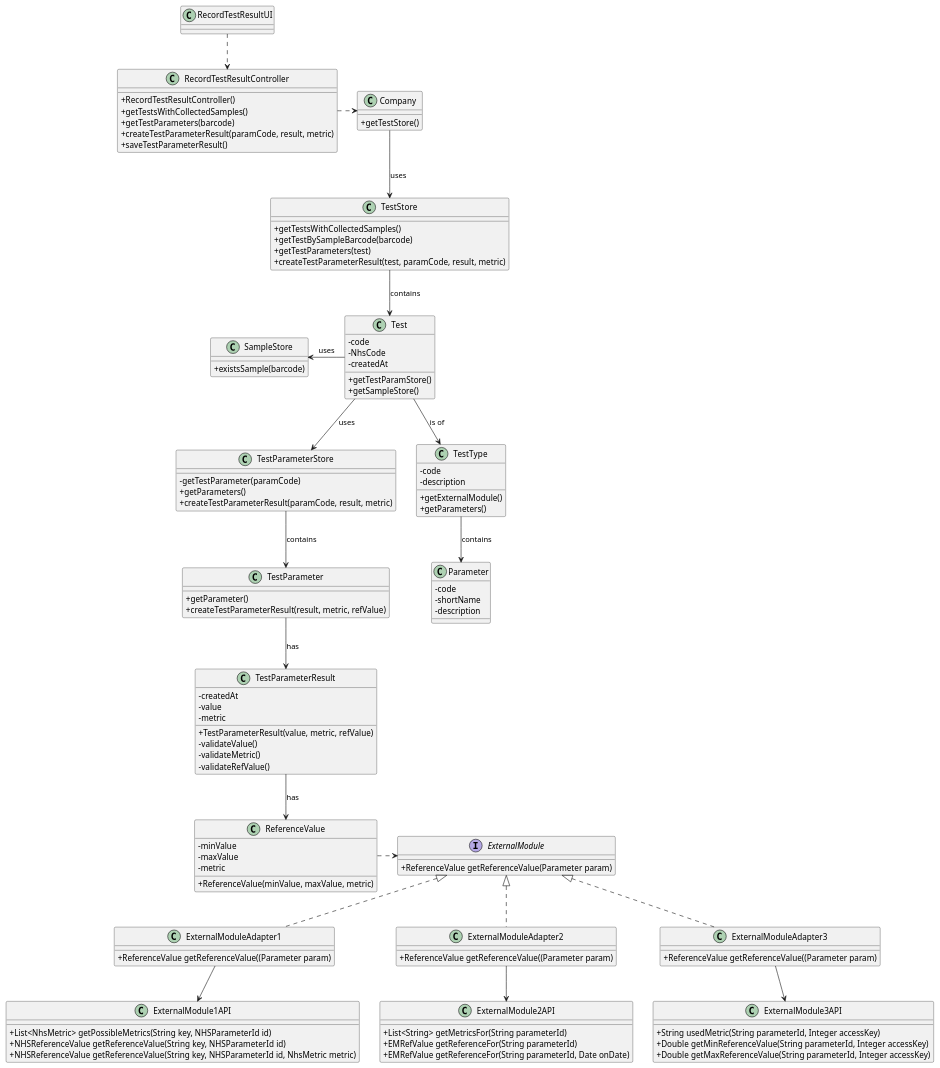
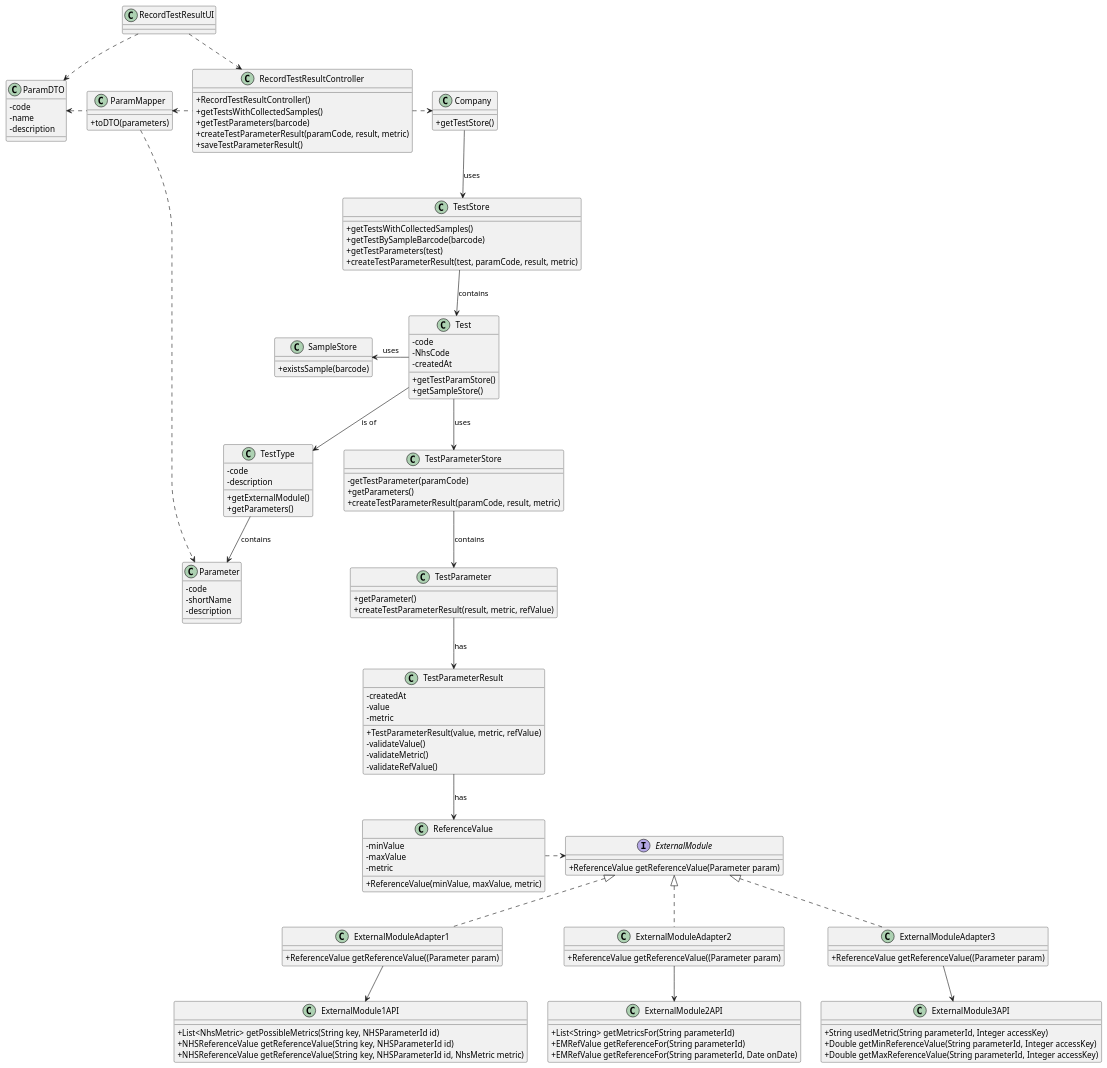
One commit to MadDinosaur/ISEP-LAPR2 changed the diagram in docs/SprintC/US12/US12_CD.puml. Above: the diagram before and after it, drawn with PlantUML. The commit also changed 2 other files, not shown here.

Commit message:
Implemented Parameter DTO.

```diff
--- a/docs/SprintC/US12/US12_CD.puml
+++ b/docs/SprintC/US12/US12_CD.puml
@@ -1,111 +1,123 @@
 @startuml
 skinparam classAttributeIconSize 0
 class Company {
 + getTestStore()
 }
 class Test {
 -code
 -NhsCode
 -createdAt
 + getTestParamStore()
 + getSampleStore()
 }
 class SampleStore {
 + existsSample(barcode)
 }
 class TestParameterStore {
 - getTestParameter(paramCode)
 + getParameters()
 + createTestParameterResult(paramCode, result, metric)
 }
 class TestType {
 -code
 -description
 + getExternalModule()
 + getParameters()
 }
 class TestParameter {
 + getParameter()
 + createTestParameterResult(result, metric, refValue)
 }
 class TestStore {
 + getTestsWithCollectedSamples()
 + getTestBySampleBarcode(barcode)
 + getTestParameters(test)
 + createTestParameterResult(test, paramCode, result, metric)
 }
 class Parameter {
 -code
 -shortName
 -description
 }
 class ReferenceValue {
 -minValue
 -maxValue
 -metric
 +ReferenceValue(minValue, maxValue, metric)
 }
 class TestParameterResult {
 -createdAt
 -value
 -metric
 + TestParameterResult(value, metric, refValue)
 - validateValue()
 - validateMetric()
 - validateRefValue()
 }
 interface ExternalModule {
 + ReferenceValue getReferenceValue(Parameter param)
 }
 class ExternalModuleAdapter1 {
 + ReferenceValue getReferenceValue((Parameter param)
 }
 class ExternalModule1API {
 + List<NhsMetric> getPossibleMetrics(String key, NHSParameterId id)
 + NHSReferenceValue getReferenceValue(String key, NHSParameterId id)
 + NHSReferenceValue getReferenceValue(String key, NHSParameterId id, NhsMetric metric)
 }
 class ExternalModuleAdapter2 {
 + ReferenceValue getReferenceValue((Parameter param)
 }
 class ExternalModule2API {
 + List<String> getMetricsFor(String parameterId)
 + EMRefValue getReferenceFor(String parameterId)
 + EMRefValue getReferenceFor(String parameterId, Date onDate)
 }
 class ExternalModuleAdapter3 {
 + ReferenceValue getReferenceValue((Parameter param)
 }
 class ExternalModule3API {
 + String usedMetric(String parameterId, Integer accessKey)
 + Double getMinReferenceValue(String parameterId, Integer accessKey)
 + Double getMaxReferenceValue(String parameterId, Integer accessKey)
 }
 class RecordTestResultUI
 class RecordTestResultController {
 + RecordTestResultController()
 + getTestsWithCollectedSamples()
 + getTestParameters(barcode)
 + createTestParameterResult(paramCode, result, metric)
 + saveTestParameterResult()
 }
+class ParamMapper {
++ toDTO(parameters)
+}
+class ParamDTO {
+- code
+- name
+- description
+}
 
 RecordTestResultUI ..> RecordTestResultController
+RecordTestResultUI ..> ParamDTO
 RecordTestResultController .right.> Company
+RecordTestResultController .left.> ParamMapper
+ParamMapper ..> Parameter
+ParamMapper .left.> ParamDTO
 Company --> TestStore : uses
 TestStore --> Test : contains
 ReferenceValue .right.> ExternalModule
 Test -left-> SampleStore: uses
 Test --> TestParameterStore: uses
 TestParameterStore --> TestParameter : contains
 Test --> TestType : is of
 TestType --> Parameter : contains
 TestParameter --> TestParameterResult : has
 TestParameterResult --> ReferenceValue : has
 ExternalModule <|.. ExternalModuleAdapter1
 ExternalModule <|.. ExternalModuleAdapter2
 ExternalModule <|.. ExternalModuleAdapter3
 ExternalModuleAdapter1 --> ExternalModule1API
 ExternalModuleAdapter2 --> ExternalModule2API
 ExternalModuleAdapter3 --> ExternalModule3API
 @enduml
```
